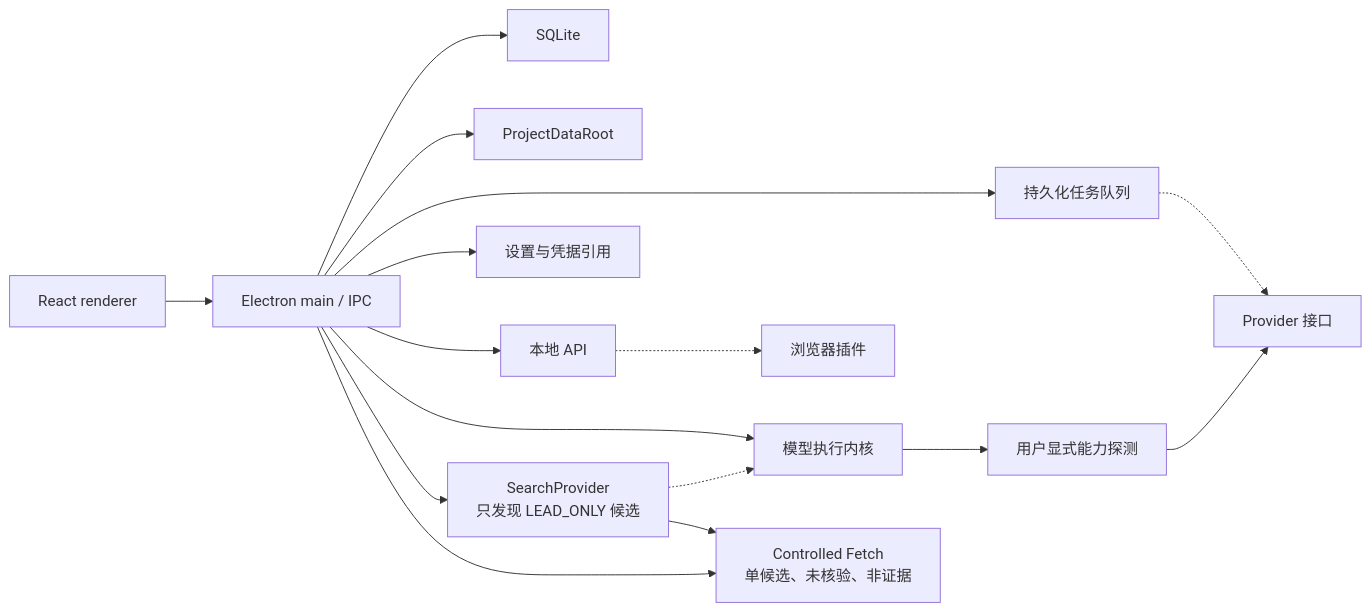
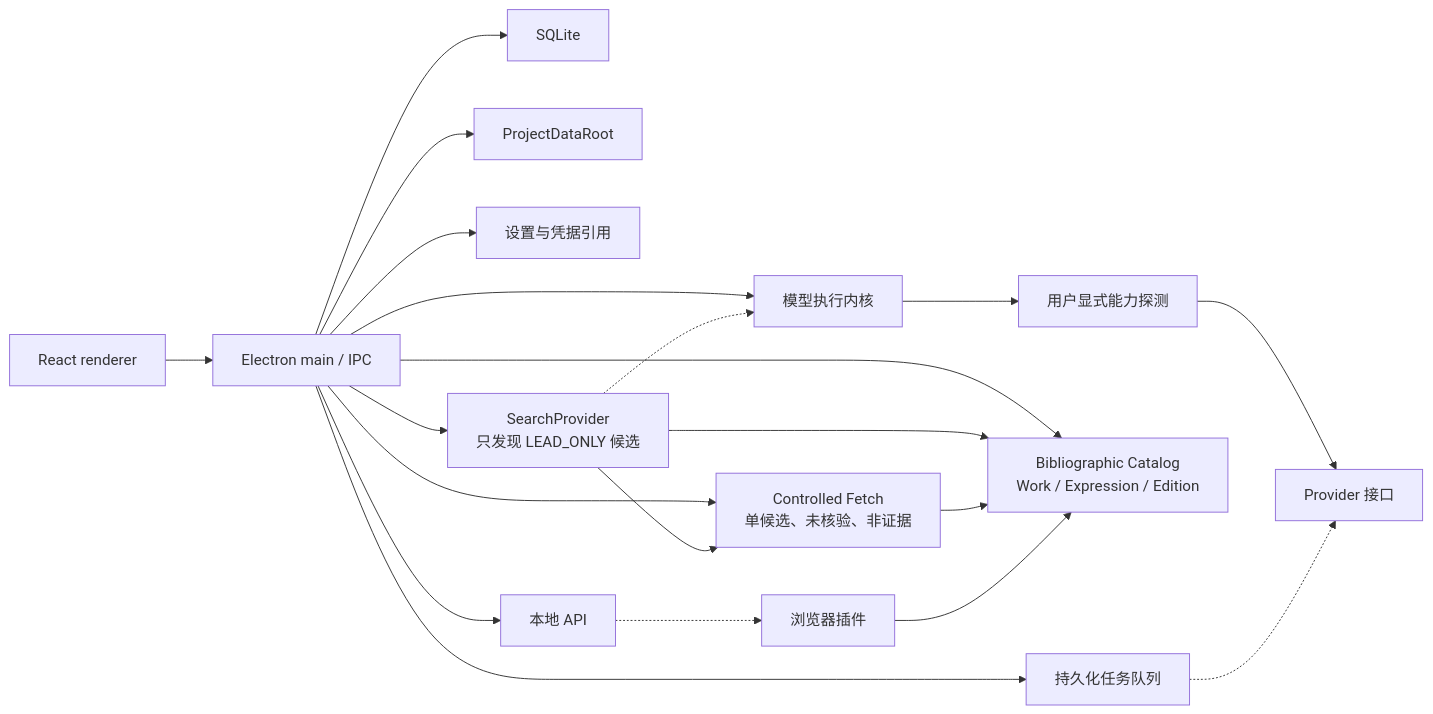
Before and after one commit to KAtOReNA7/Rednote-Automated-Operation-Tool: the second of 2 diagrams in README.md, drawn with Mermaid. The commit also changed other lines of this file and 74 other files, not shown here.

Commit message:
feat(catalog): add bibliographic discovery and entity resolution

````diff
--- a/README.md
+++ b/README.md
@@ -139,18 +141,22 @@
 ```mermaid
 flowchart LR
     UI["React renderer"] --> MAIN["Electron main / IPC"]
     MAIN --> DB["SQLite"]
     MAIN --> FS["ProjectDataRoot"]
     MAIN --> QUEUE["持久化任务队列"]
     MAIN --> SETTINGS["设置与凭据引用"]
     MAIN --> API["本地 API"]
     MAIN --> MODEL["模型执行内核"]
     MAIN --> SEARCH["SearchProvider<br/>只发现 LEAD_ONLY 候选"]
     MAIN --> FETCH["Controlled Fetch<br/>单候选、未核验、非证据"]
+    MAIN --> CATALOG["Bibliographic Catalog<br/>Work / Expression / Edition"]
     MODEL --> PROBE["用户显式能力探测"]
     PROBE --> PROVIDERS["Provider 接口"]
     API -.-> CLIPPER["浏览器插件"]
     QUEUE -.-> PROVIDERS
     SEARCH -.-> MODEL
     SEARCH --> FETCH
+    SEARCH --> CATALOG
+    FETCH --> CATALOG
+    CLIPPER --> CATALOG
 ```
````
